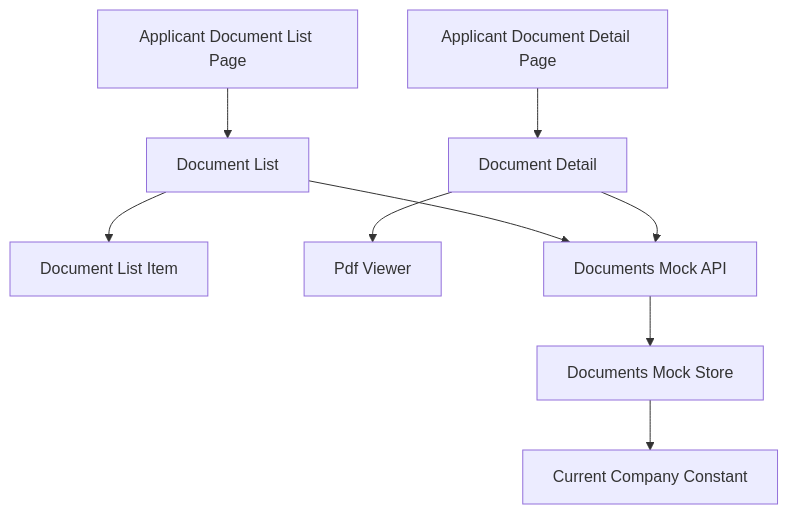
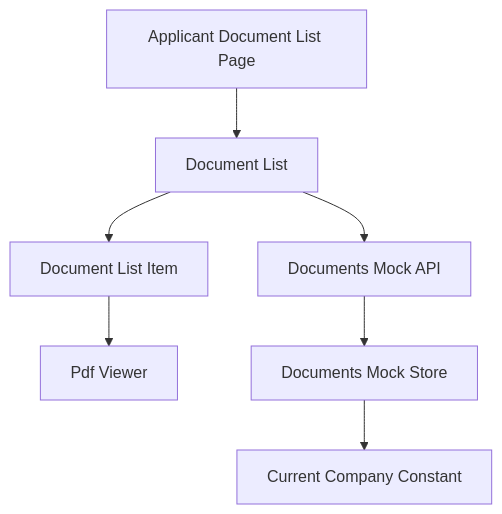
Before and after one commit to yuitosuenaga/daiso-portal-mock: the first of 2 diagrams in .kiro/specs/documents/design.md, drawn with Mermaid. The commit also changed other lines of this file and 24 other files, not shown here.

````diff
--- a/.kiro/specs/documents/design.md
+++ b/.kiro/specs/documents/design.md
@@ -57,16 +60,13 @@
 ```mermaid
 graph TB
     ApplicantDocumentListPage[Applicant Document List Page]
-    ApplicantDocumentDetailPage[Applicant Document Detail Page]
 
     ApplicantDocumentListPage --> DocumentList[Document List]
     DocumentList --> DocumentListItem[Document List Item]
-    ApplicantDocumentDetailPage --> DocumentDetail[Document Detail]
-    DocumentDetail --> PdfViewer[Pdf Viewer]
+    DocumentListItem --> PdfViewer[Pdf Viewer]
 
     DocumentList --> DocumentsMockApi[Documents Mock API]
-    DocumentDetail --> DocumentsMockApi
 
     DocumentsMockApi --> DocumentsStore[Documents Mock Store]
     DocumentsStore --> CurrentCompany[Current Company Constant]
 ```
````
